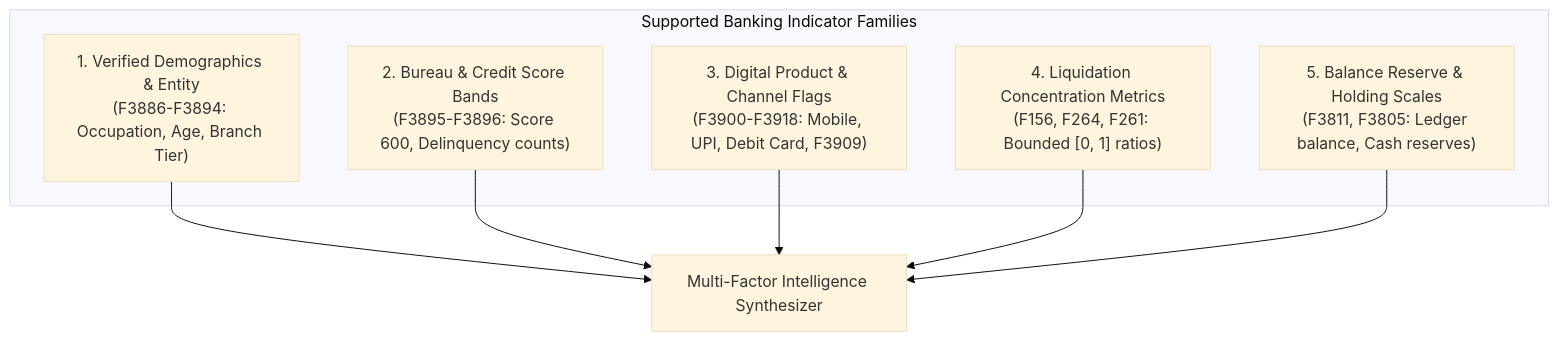
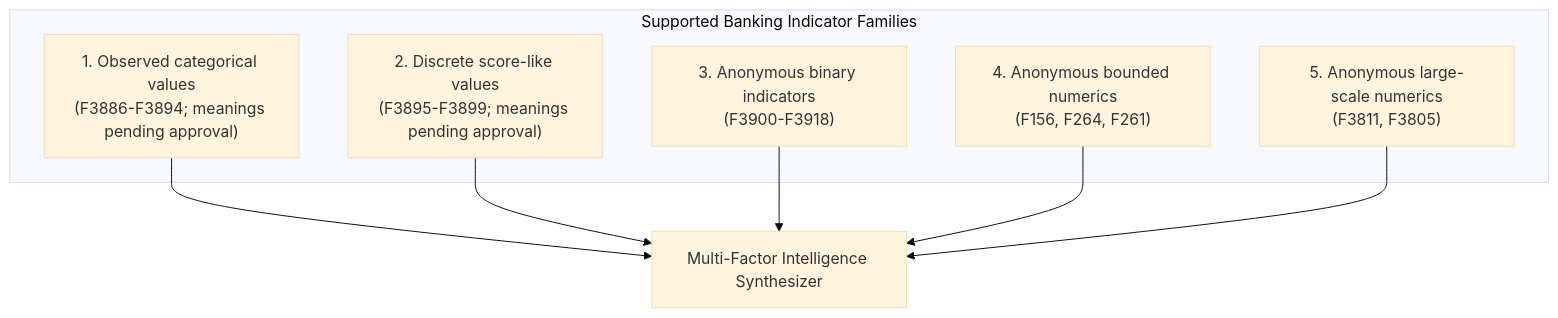
One commit to isthatrecursion/Mule-Account-Detection changed the diagram in eda/06_domain_capabilities_and_data_gaps.md. Above: the diagram before and after it, drawn with Mermaid (base theme). The commit also changed other lines of this file and 19 other files, not shown here.

Commit message:
feat: add architecture blueprints, pre-architecture verification audit, and aligned eda documentation

````diff
--- a/eda/06_domain_capabilities_and_data_gaps.md
+++ b/eda/06_domain_capabilities_and_data_gaps.md
@@ -45,11 +48,11 @@
 ```mermaid
 graph TD
     subgraph Supported Banking Indicator Families
-        A["1. Verified Demographics & Entity<br>(F3886-F3894: Occupation, Age, Branch Tier)"]
-        B["2. Bureau & Credit Score Bands<br>(F3895-F3896: Score 600, Delinquency counts)"]
-        C["3. Digital Product & Channel Flags<br>(F3900-F3918: Mobile, UPI, Debit Card, F3909)"]
-        D["4. Liquidation Concentration Metrics<br>(F156, F264, F261: Bounded [0, 1] ratios)"]
-        E["5. Balance Reserve & Holding Scales<br>(F3811, F3805: Ledger balance, Cash reserves)"]
+        A["1. Observed categorical values<br>(F3886-F3894; meanings pending approval)"]
+        B["2. Discrete score-like values<br>(F3895-F3899; meanings pending approval)"]
+        C["3. Anonymous binary indicators<br>(F3900-F3918)"]
+        D["4. Anonymous bounded numerics<br>(F156, F264, F261)"]
+        E["5. Anonymous large-scale numerics<br>(F3811, F3805)"]
     end
     A & B & C & D & E --> F[Multi-Factor Intelligence Synthesizer]
 ```
````
